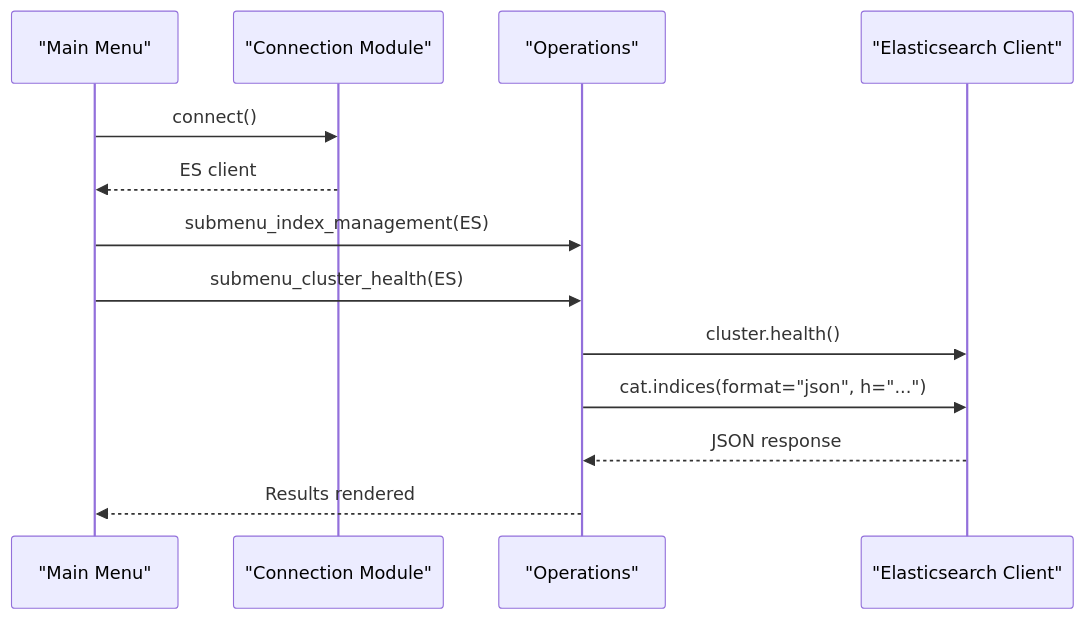
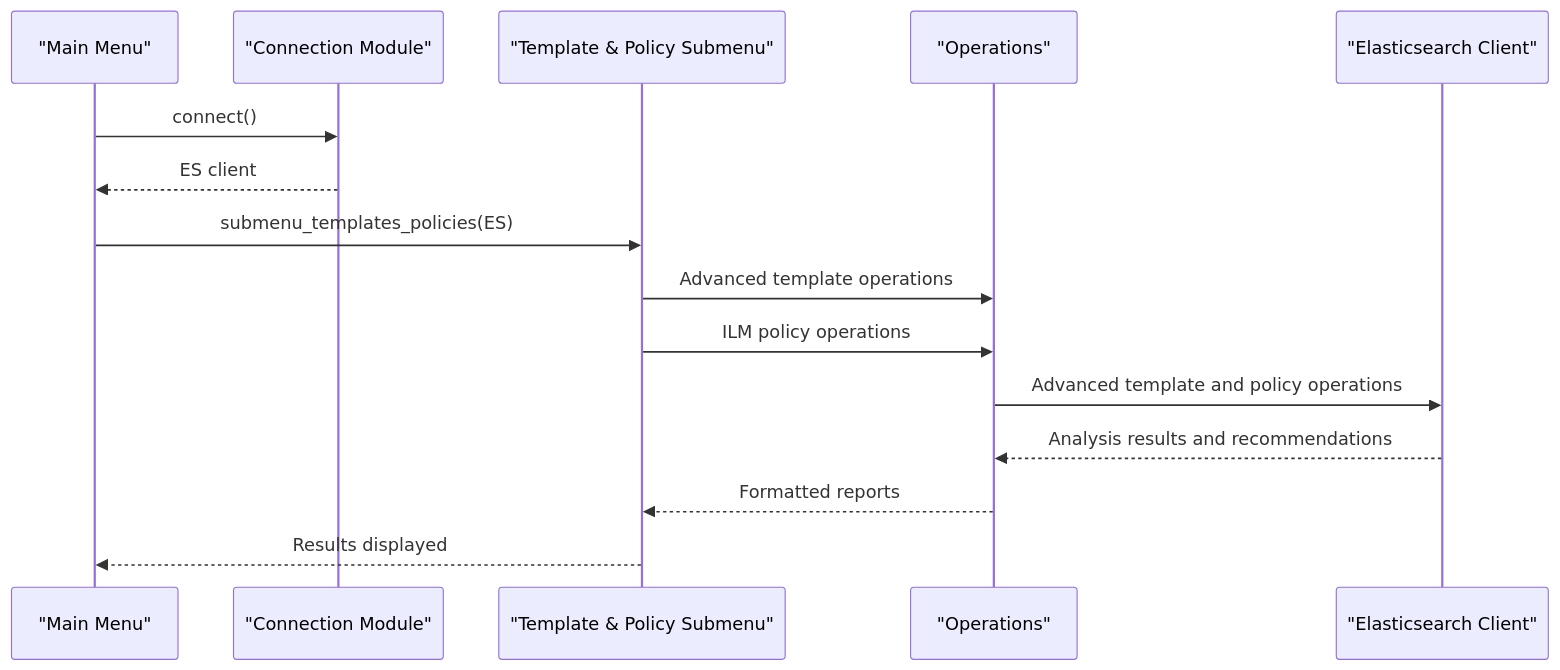
One commit to austinsonger/elastic-janitor changed the fifth of 6 diagrams in .qoder/repowiki/en/content/API Reference/Core Modules.md. Above: the diagram before and after it, drawn with Mermaid. The commit also changed other lines of this file and 51 other files, not shown here.

````diff
--- a/.qoder/repowiki/en/content/API Reference/Core Modules.md
+++ b/.qoder/repowiki/en/content/API Reference/Core Modules.md
@@ -227,15 +256,17 @@
 ```mermaid
 sequenceDiagram
 participant Menu as "Main Menu"
 participant Conn as "Connection Module"
+participant Submenu as "Template & Policy Submenu"
 participant Op as "Operations"
 participant ES as "Elasticsearch Client"
 Menu->>Conn : connect()
 Conn-->>Menu : ES client
-Menu->>Op : submenu_index_management(ES)
-Menu->>Op : submenu_cluster_health(ES)
-Op->>ES : cluster.health()
-Op->>ES : cat.indices(format="json", h="...")
-ES-->>Op : JSON response
-Op-->>Menu : Results rendered
+Menu->>Submenu : submenu_templates_policies(ES)
+Submenu->>Op : Advanced template operations
+Submenu->>Op : ILM policy operations
+Op->>ES : Advanced template and policy operations
+ES-->>Op : Analysis results and recommendations
+Op-->>Submenu : Formatted reports
+Submenu-->>Menu : Results displayed
 ```
````
